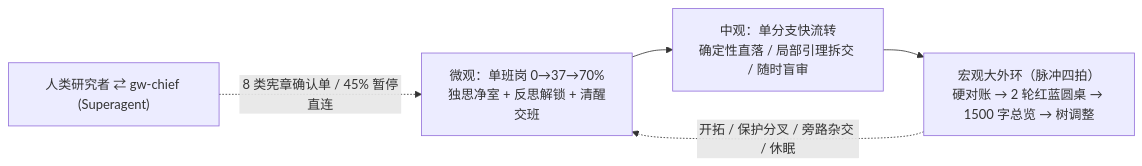
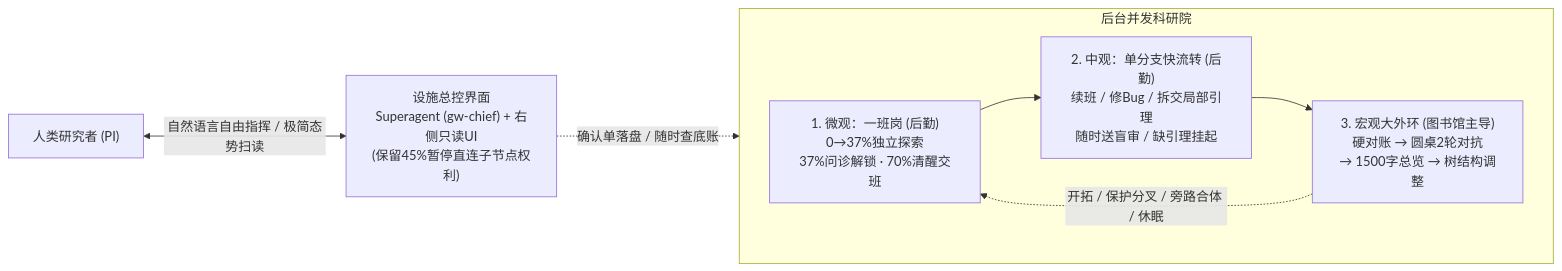
One commit to Qingzhu093/greatwall-agent changed the diagram in README.md. Above: the diagram before and after it, drawn with Mermaid. The commit also changed other lines of this file and 54 other files, not shown here.

Commit message:
release(v0.3.0-alpha.2): review bug fixes, v0.3 architecture docs & SVG overhaul, and docs/archive organization

````diff
--- a/README.md
+++ b/README.md
@@ -36,7 +37,11 @@
 ```mermaid
 flowchart LR
-    H["人类研究者 ⇄ gw-chief (Superagent)"] -. "8 类宪章确认单 / 45% 暂停直连" .-> M1
-    M1["微观：单班岗 0→37→70%\n独思净室 + 反思解锁 + 清醒交班"] --> M2["中观：单分支快流转\n确定性直落 / 局部引理拆交 / 随时盲审"]
-    M2 --> M3["宏观大外环（脉冲四拍）\n硬对账 → 2 轮红蓝圆桌 → 1500 字总览 → 树调整"]
-    M3 -. "开拓 / 保护分叉 / 旁路杂交 / 休眠" .-> M1
+    H["人类研究者 (PI)"] <-->|"自然语言自由指挥 / 极简态势扫读"| SA["设施总控界面\nSuperagent (gw-chief) + 右侧只读UI\n(保留45%暂停直连子节点权利)"]
+    SA -.->|"确认单落盘 / 随时查底账"| CORE
+    subgraph CORE["后台并发科研院"]
+        direction LR
+        M1["1. 微观：一班岗 (后勤)\n0→37%独立探索\n37%问诊解锁 · 70%清醒交班"] --> M2["2. 中观：单分支快流转 (后勤)\n续班 / 修Bug / 拆交局部引理\n随时送盲审 / 缺引理挂起"]
+        M2 --> M3["3. 宏观大外环 (图书馆主导)\n硬对账 → 圆桌2轮对抗\n→ 1500字总览 → 树结构调整"]
+        M3 -.->|"开拓 / 保护分叉 / 旁路合体 / 休眠"| M1
+    end
 ```
````
